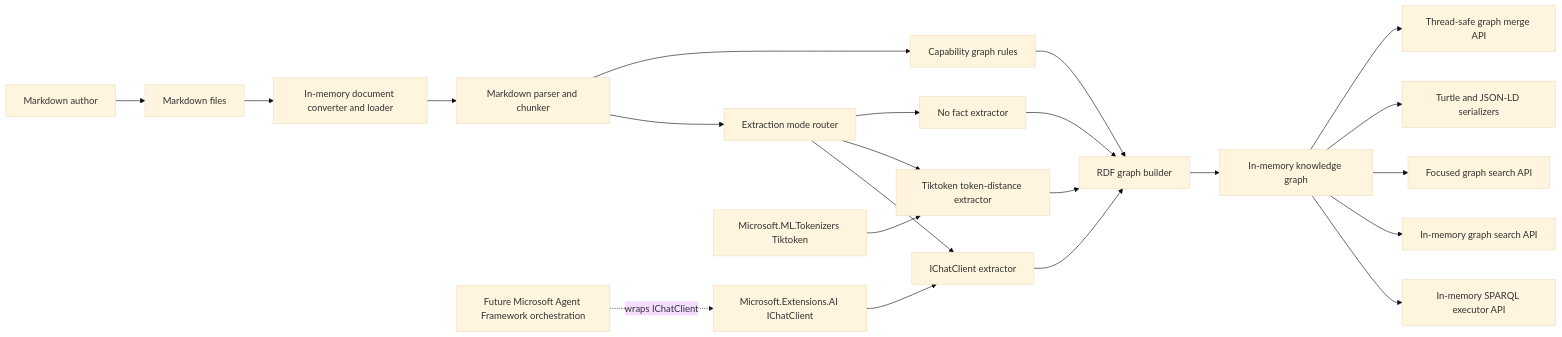
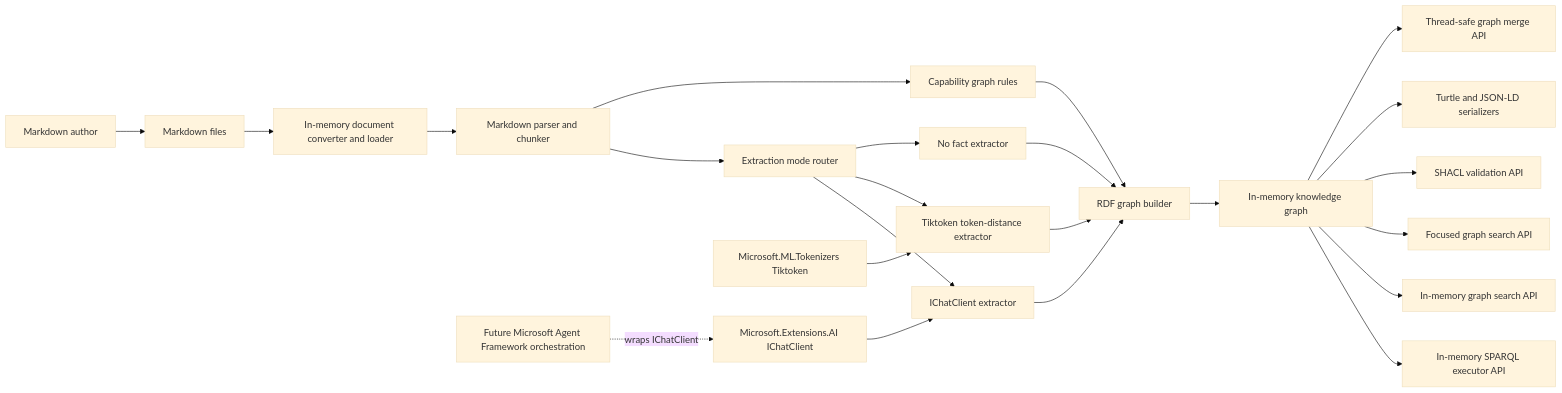
The first of 4 diagrams in docs/Architecture.md (managedcode/markdown-ld-kb), drawn with Mermaid (base theme) before and after one commit. The commit also changed other lines of this file and 12 other files, not shown here.

Commit message:
update graph

````diff
--- a/docs/Architecture.md
+++ b/docs/Architecture.md
@@ -17,24 +17,25 @@
 ```mermaid
 flowchart LR
     Author["Markdown author"] --> MarkdownFiles["Markdown files"]
     MarkdownFiles --> Loader["In-memory document converter and loader"]
     Loader --> Parser["Markdown parser and chunker"]
     Parser --> Router["Extraction mode router"]
     Parser --> Rules["Capability graph rules"]
     Router --> ChatExtractor["IChatClient extractor"]
     Router --> TokenExtractor["Tiktoken token-distance extractor"]
     Router --> NoExtractor["No fact extractor"]
     Rules --> Builder
     ChatExtractor --> Builder["RDF graph builder"]
     TokenExtractor --> Builder
     NoExtractor --> Builder
     Builder --> Graph["In-memory knowledge graph"]
     Graph --> Sparql["In-memory SPARQL executor API"]
     Graph --> Search["In-memory graph search API"]
     Graph --> Focused["Focused graph search API"]
+    Graph --> Shacl["SHACL validation API"]
     Graph --> Serializers["Turtle and JSON-LD serializers"]
     Graph --> Merge["Thread-safe graph merge API"]
     IChatClient["Microsoft.Extensions.AI IChatClient"] --> ChatExtractor
     Tokenizer["Microsoft.ML.Tokenizers Tiktoken"] --> TokenExtractor
     AgentFramework["Future Microsoft Agent Framework orchestration"] -. "wraps IChatClient" .-> IChatClient
 ```
````
